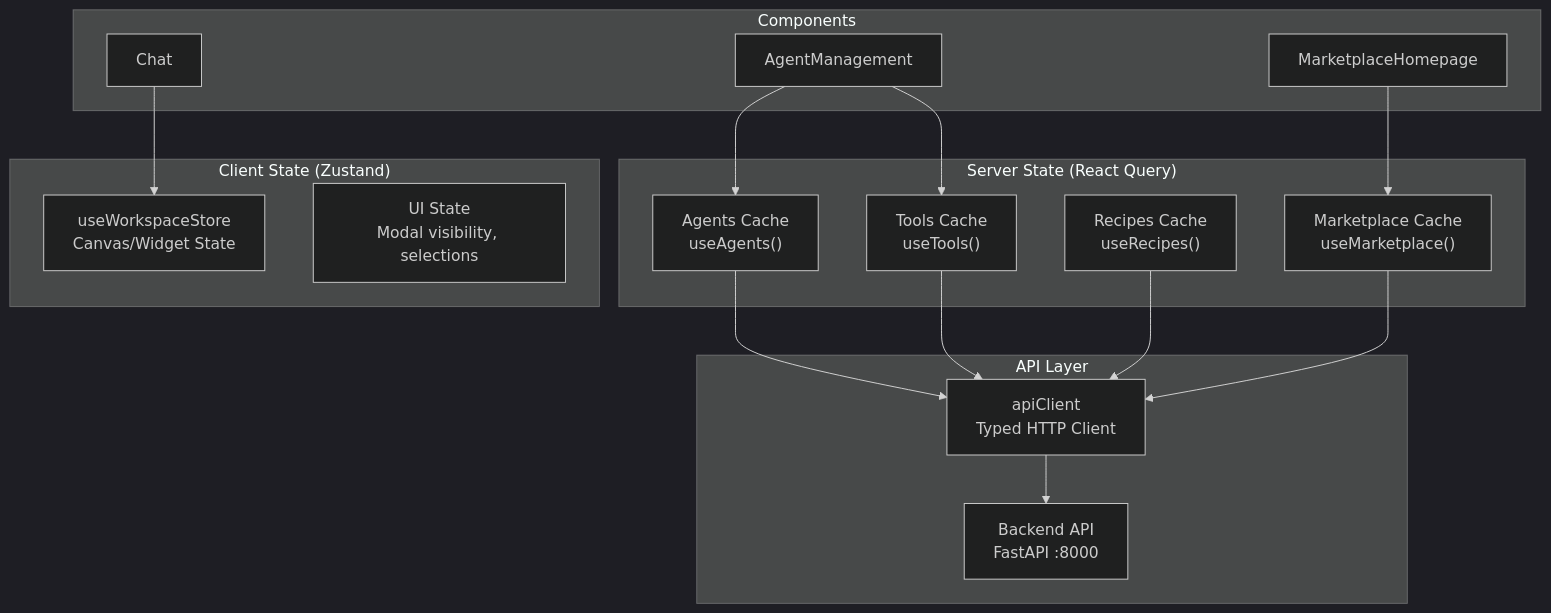
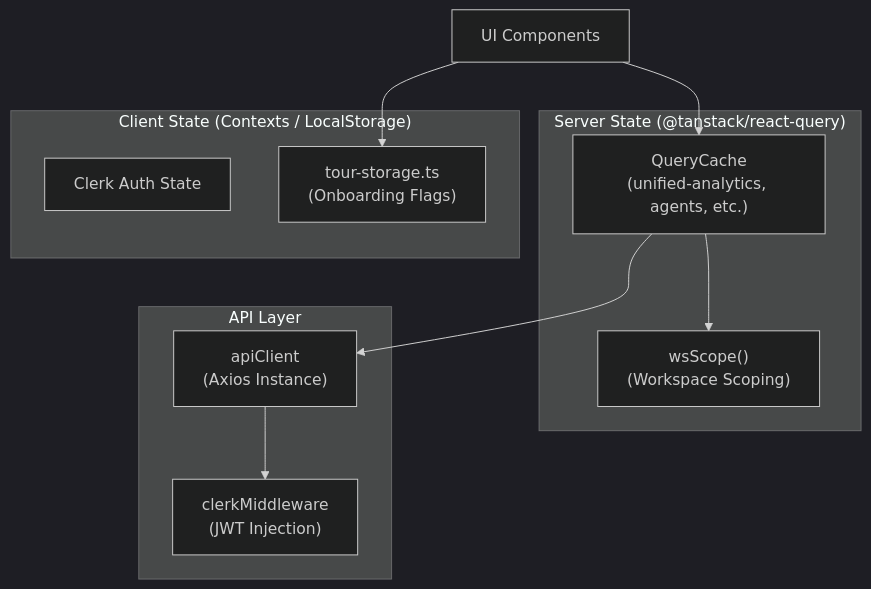
The first of 2 diagrams in docs/frontend-architecture/_index.md (AutomatosAI/automatos-ai), drawn with Mermaid (dark theme) before and after one commit. The commit also changed other lines of this file and 149 other files, not shown here.

Commit message:
docs: refresh documentation with graphify semantic scan

````diff
--- a/docs/frontend-architecture/_index.md
+++ b/docs/frontend-architecture/_index.md
@@ -148,37 +85,23 @@
 ```mermaid
 graph TB
-    subgraph "Server State (React Query)"
-        AgentsCache["Agents Cache<br/>useAgents()"]
-        ToolsCache["Tools Cache<br/>useTools()"]
-        RecipesCache["Recipes Cache<br/>useRecipes()"]
-        MarketCache["Marketplace Cache<br/>useMarketplace()"]
+    subgraph "Server State (@tanstack/react-query)"
+        QueryCache["QueryCache<br/>(unified-analytics, agents, etc.)"]
+        wsScope["wsScope()<br/>(Workspace Scoping)"]
     end
     
-    subgraph "Client State (Zustand)"
-        WorkspaceStore["useWorkspaceStore<br/>Canvas/Widget State"]
-        UIState["UI State<br/>Modal visibility, selections"]
+    subgraph "Client State (Contexts / LocalStorage)"
+        ClerkAuth["Clerk Auth State"]
+        TourStorage["tour-storage.ts<br/>(Onboarding Flags)"]
     end
     
     subgraph "API Layer"
-        APIClient["apiClient<br/>Typed HTTP Client"]
-        Backend["Backend API<br/>FastAPI :8000"]
+        apiClient["apiClient<br/>(Axios Instance)"]
+        ClerkMiddleware["clerkMiddleware<br/>(JWT Injection)"]
     end
     
-    subgraph "Components"
-        AgentMgmt["AgentManagement"]
-        Chat["Chat"]
-        Marketplace["MarketplaceHomepage"]
-    end
-    
-    AgentMgmt --> AgentsCache
-    AgentMgmt --> ToolsCache
-    Chat --> WorkspaceStore
-    Marketplace --> MarketCache
-    
-    AgentsCache --> APIClient
-    ToolsCache --> APIClient
-    RecipesCache --> APIClient
-    MarketCache --> APIClient
-    
-    APIClient --> Backend
+    UI["UI Components"] --> QueryCache
+    QueryCache --> wsScope
+    QueryCache --> apiClient
+    apiClient --> ClerkMiddleware
+    UI --> TourStorage
 ```
````
